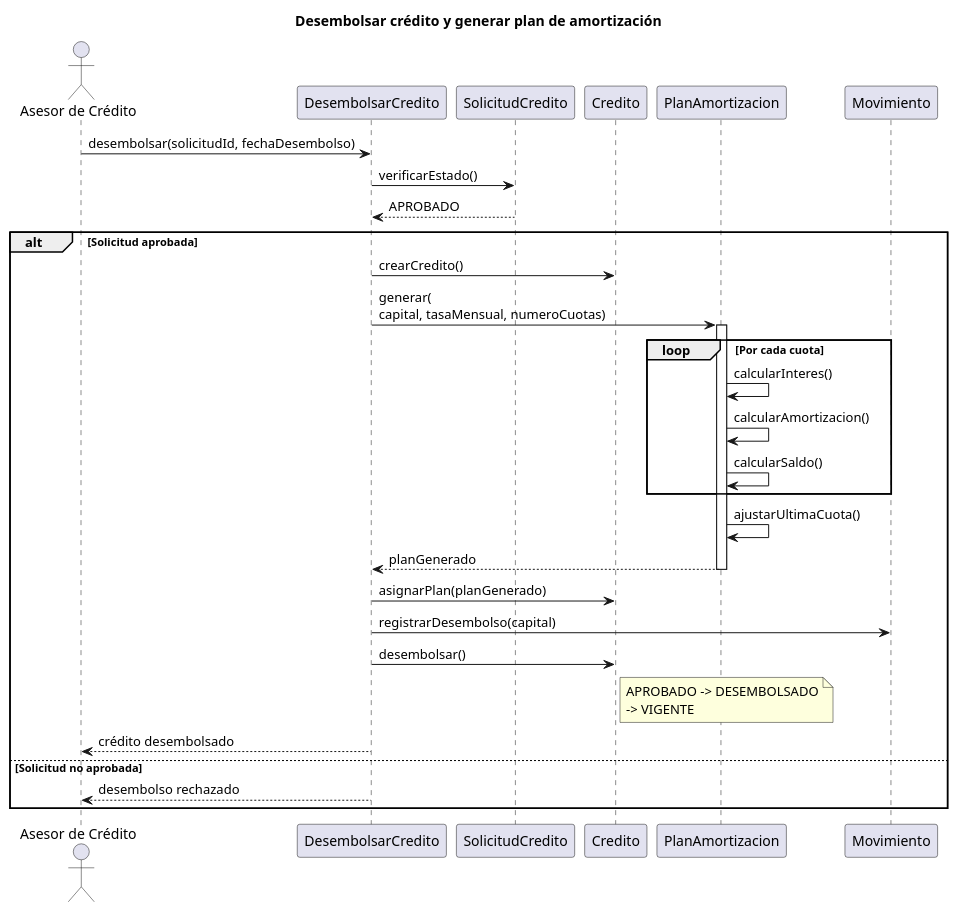
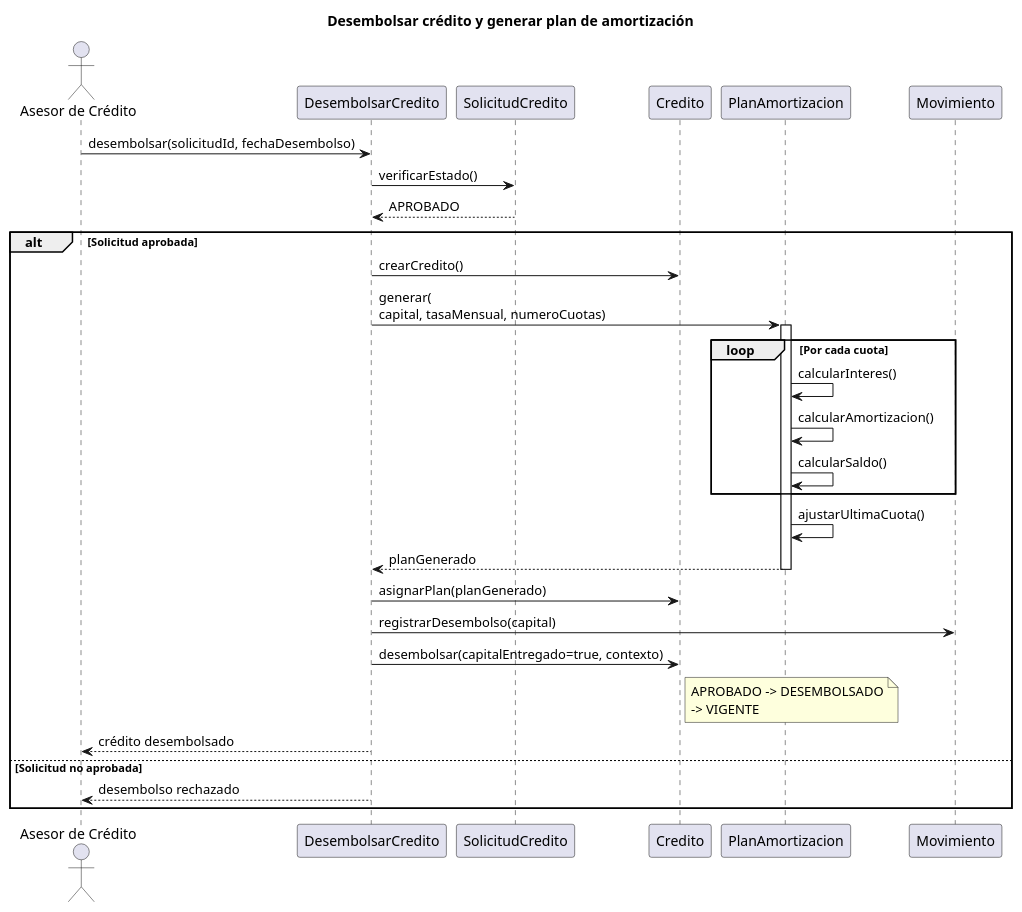
Before and after one commit to Willy4994/fintech-microcreditos-grupo01: the diagram in docs/diagramas/uml/secuencia-desembolsar-credito.puml, drawn with PlantUML. The commit also changed 22 other files, not shown here.

Commit message:
Se corrigieron test y UML

```diff
--- a/docs/diagramas/uml/secuencia-desembolsar-credito.puml
+++ b/docs/diagramas/uml/secuencia-desembolsar-credito.puml
@@ -1,57 +1,57 @@
 @startuml
 title Desembolsar crédito y generar plan de amortización
 
 actor "Asesor de Crédito" as Asesor
 
 participant "DesembolsarCredito" as CasoUso
 participant "SolicitudCredito" as Solicitud
 participant "Credito" as Credito
 participant "PlanAmortizacion" as Plan
 participant "Movimiento" as Movimiento
 
 Asesor -> CasoUso : desembolsar(solicitudId, fechaDesembolso)
 
 CasoUso -> Solicitud : verificarEstado()
 
 Solicitud --> CasoUso : APROBADO
 
 alt Solicitud aprobada
 
     CasoUso -> Credito : crearCredito()
 
     CasoUso -> Plan : generar(\ncapital, tasaMensual, numeroCuotas)
 
     activate Plan
 
     loop Por cada cuota
         Plan -> Plan : calcularInteres()
         Plan -> Plan : calcularAmortizacion()
         Plan -> Plan : calcularSaldo()
     end
 
     Plan -> Plan : ajustarUltimaCuota()
 
     Plan --> CasoUso : planGenerado
 
     deactivate Plan
 
     CasoUso -> Credito : asignarPlan(planGenerado)
 
     CasoUso -> Movimiento : registrarDesembolso(capital)
 
-    CasoUso -> Credito : desembolsar()
+    CasoUso -> Credito : desembolsar(capitalEntregado=true, contexto)
 
     note right of Credito
       APROBADO -> DESEMBOLSADO
       -> VIGENTE
     end note
 
     CasoUso --> Asesor : crédito desembolsado
 
 else Solicitud no aprobada
 
     CasoUso --> Asesor : desembolso rechazado
 
 end
 
 @enduml
```
